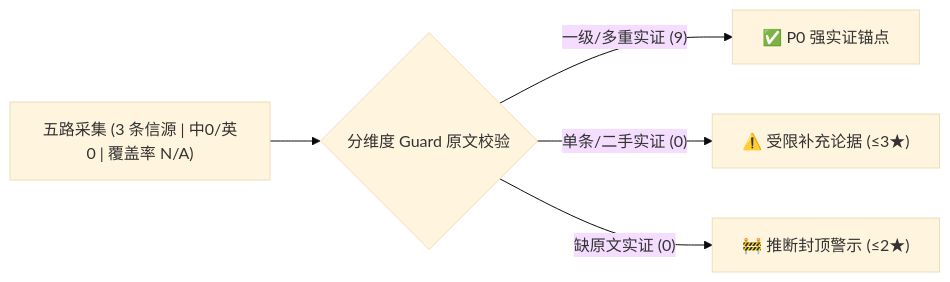
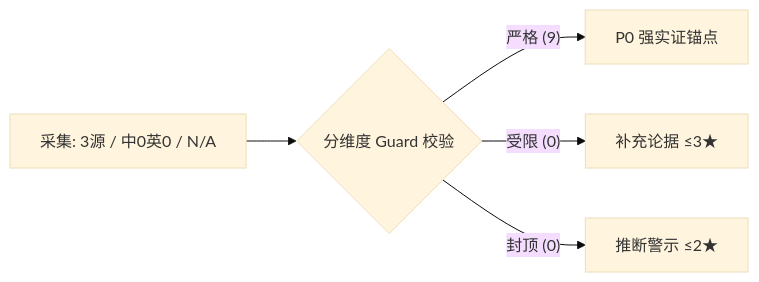
The second of 6 diagrams in reports/chatbi.md (az1615962561-crypto/ai-harness-analyzer), drawn with Mermaid (base theme) before and after one commit. The commit also changed other lines of this file and 17 other files, not shown here.

Commit message:
Fix Mermaid xychart-beta layout: compact unquoted axis labels & Y-axis headroom

````diff
--- a/reports/chatbi.md
+++ b/reports/chatbi.md
@@ -75,7 +75,7 @@
 ```mermaid
 flowchart LR
-    Collect["五路采集 (3 条信源 | 中0/英0 | 覆盖率 N/A)"] --> Guard{"分维度 Guard 原文校验"}
-    Guard -- "一级/多重实证 (9)" --> Core["✅ P0 强实证锚点"]
-    Guard -- "单条/二手实证 (0)" --> Mod["⚠️ 受限补充论据 (≤3★)"]
-    Guard -- "缺原文实证 (0)" --> Warn["🚧 推断封顶警示 (≤2★)"]
+    Collect["采集: 3源 / 中0英0 / N/A"] --> Guard{"分维度 Guard 校验"}
+    Guard -- "严格 (9)" --> Core["P0 强实证锚点"]
+    Guard -- "受限 (0)" --> Mod["补充论据 ≤3★"]
+    Guard -- "封顶 (0)" --> Warn["推断警示 ≤2★"]
 ```
````
